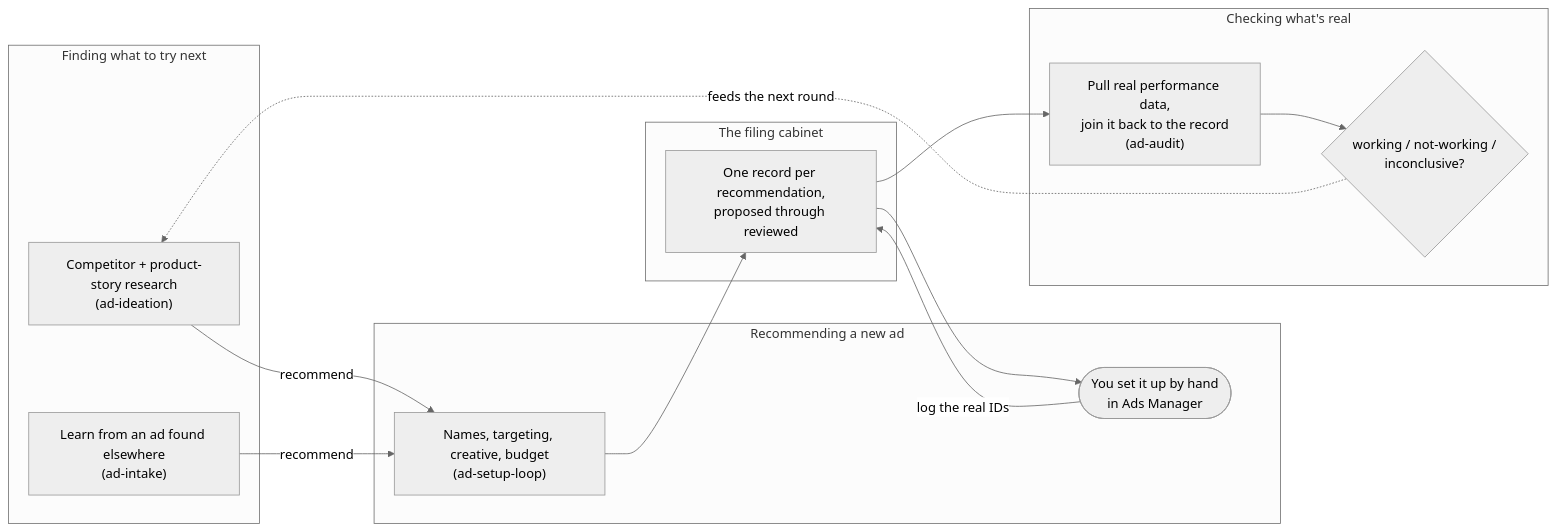
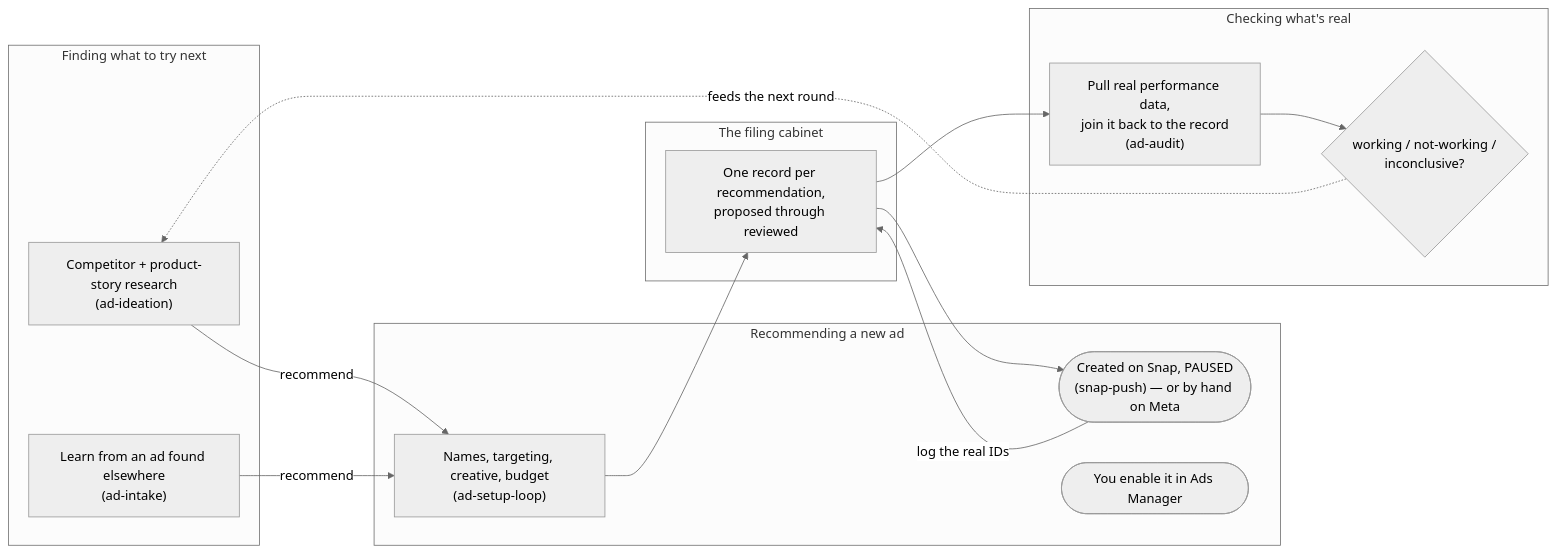
The diagram in wiki-export/Home.md (sreme19/ad-management-agent), drawn with Mermaid (neutral theme) before and after one commit. The commit also changed 16 other files, not shown here.

````diff
--- a/wiki-export/Home.md
+++ b/wiki-export/Home.md
@@ -15,29 +15,30 @@
 ```mermaid
 flowchart LR
     subgraph Ideate["Finding what to try next"]
         I1["Competitor + product-story research\n(ad-ideation)"]
         I2["Learn from an ad found elsewhere\n(ad-intake)"]
     end
 
     subgraph Setup["Recommending a new ad"]
         S1["Names, targeting, creative, budget\n(ad-setup-loop)"]
-        S2(["You set it up by hand\nin Ads Manager"])
+        S2(["Created on Snap, PAUSED\n(snap-push) — or by hand on Meta"])
+        S3(["You enable it in Ads Manager"])
     end
 
     subgraph Track["The filing cabinet"]
         L1["One record per recommendation,\nproposed through reviewed"]
     end
 
     subgraph Audit["Checking what's real"]
         A1["Pull real performance data,\njoin it back to the record\n(ad-audit)"]
         A2{"working / not-working /\ninconclusive?"}
     end
 
     I1 -->|"recommend"| S1
     I2 -->|"recommend"| S1
     S1 --> L1
     L1 --> S2
     S2 -->|"log the real IDs"| L1
     L1 --> A1 --> A2
     A2 -.->|"feeds the next round"| I1
 ```
````
